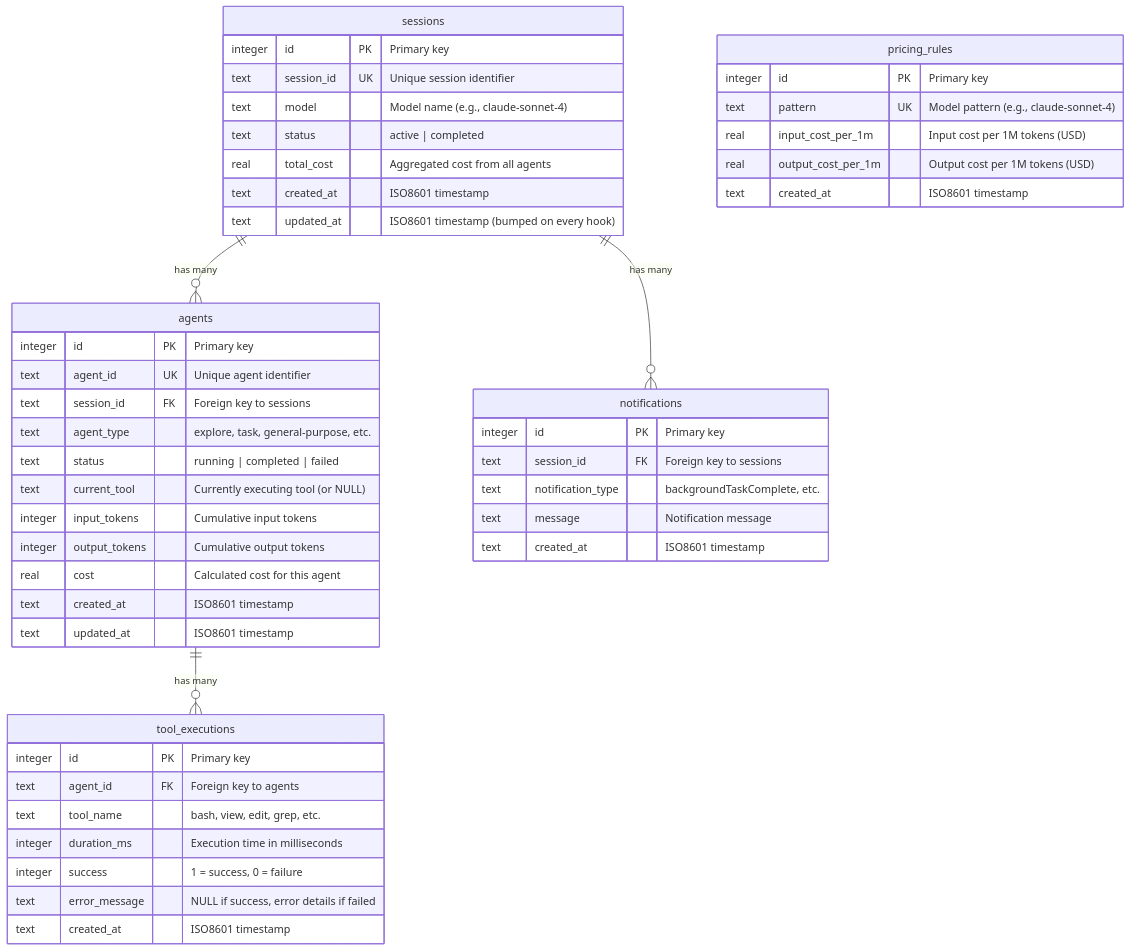
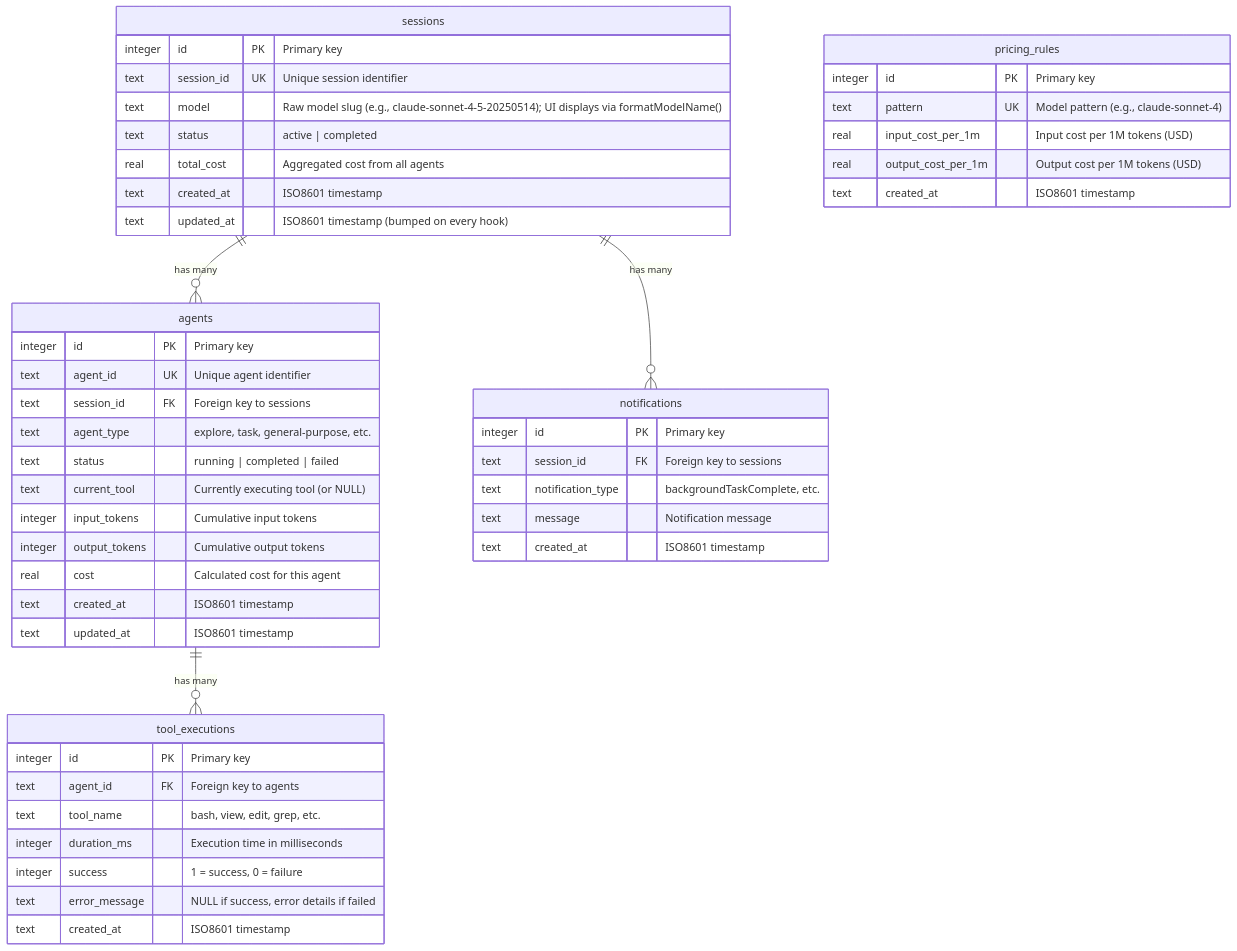
Before and after one commit to StrainReviews/Claude-Code-Agent-Monitor: the second of 11 diagrams in docs/DATABASE.md, drawn with Mermaid. The commit also changed 7 other files, not shown here.

Commit message:
feat: enhance model name formatting documentation and utility usage across architecture

````diff
--- a/docs/DATABASE.md
+++ b/docs/DATABASE.md
@@ -74,56 +74,56 @@
 ```mermaid
 erDiagram
     sessions ||--o{ agents : "has many"
     agents ||--o{ tool_executions : "has many"
     sessions ||--o{ notifications : "has many"
     
     sessions {
         integer id PK "Primary key"
         text session_id UK "Unique session identifier"
-        text model "Model name (e.g., claude-sonnet-4)"
+        text model "Raw model slug (e.g., claude-sonnet-4-5-20250514); UI displays via formatModelName()"
         text status "active | completed"
         real total_cost "Aggregated cost from all agents"
         text created_at "ISO8601 timestamp"
         text updated_at "ISO8601 timestamp (bumped on every hook)"
     }
     
     agents {
         integer id PK "Primary key"
         text agent_id UK "Unique agent identifier"
         text session_id FK "Foreign key to sessions"
         text agent_type "explore, task, general-purpose, etc."
         text status "running | completed | failed"
         text current_tool "Currently executing tool (or NULL)"
         integer input_tokens "Cumulative input tokens"
         integer output_tokens "Cumulative output tokens"
         real cost "Calculated cost for this agent"
         text created_at "ISO8601 timestamp"
         text updated_at "ISO8601 timestamp"
     }
     
     tool_executions {
         integer id PK "Primary key"
         text agent_id FK "Foreign key to agents"
         text tool_name "bash, view, edit, grep, etc."
         integer duration_ms "Execution time in milliseconds"
         integer success "1 = success, 0 = failure"
         text error_message "NULL if success, error details if failed"
         text created_at "ISO8601 timestamp"
     }
     
     notifications {
         integer id PK "Primary key"
         text session_id FK "Foreign key to sessions"
         text notification_type "backgroundTaskComplete, etc."
         text message "Notification message"
         text created_at "ISO8601 timestamp"
     }
     
     pricing_rules {
         integer id PK "Primary key"
         text pattern UK "Model pattern (e.g., claude-sonnet-4)"
         real input_cost_per_1m "Input cost per 1M tokens (USD)"
         real output_cost_per_1m "Output cost per 1M tokens (USD)"
         text created_at "ISO8601 timestamp"
     }
 ```
````
